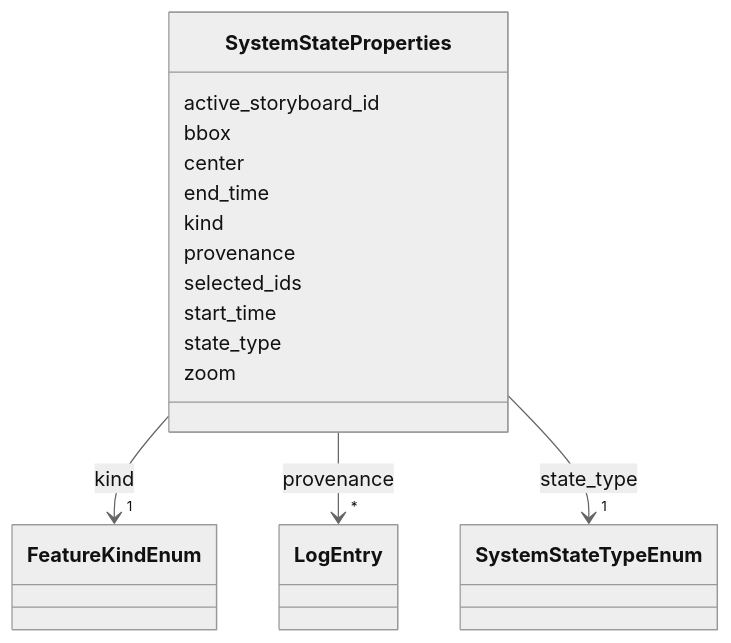
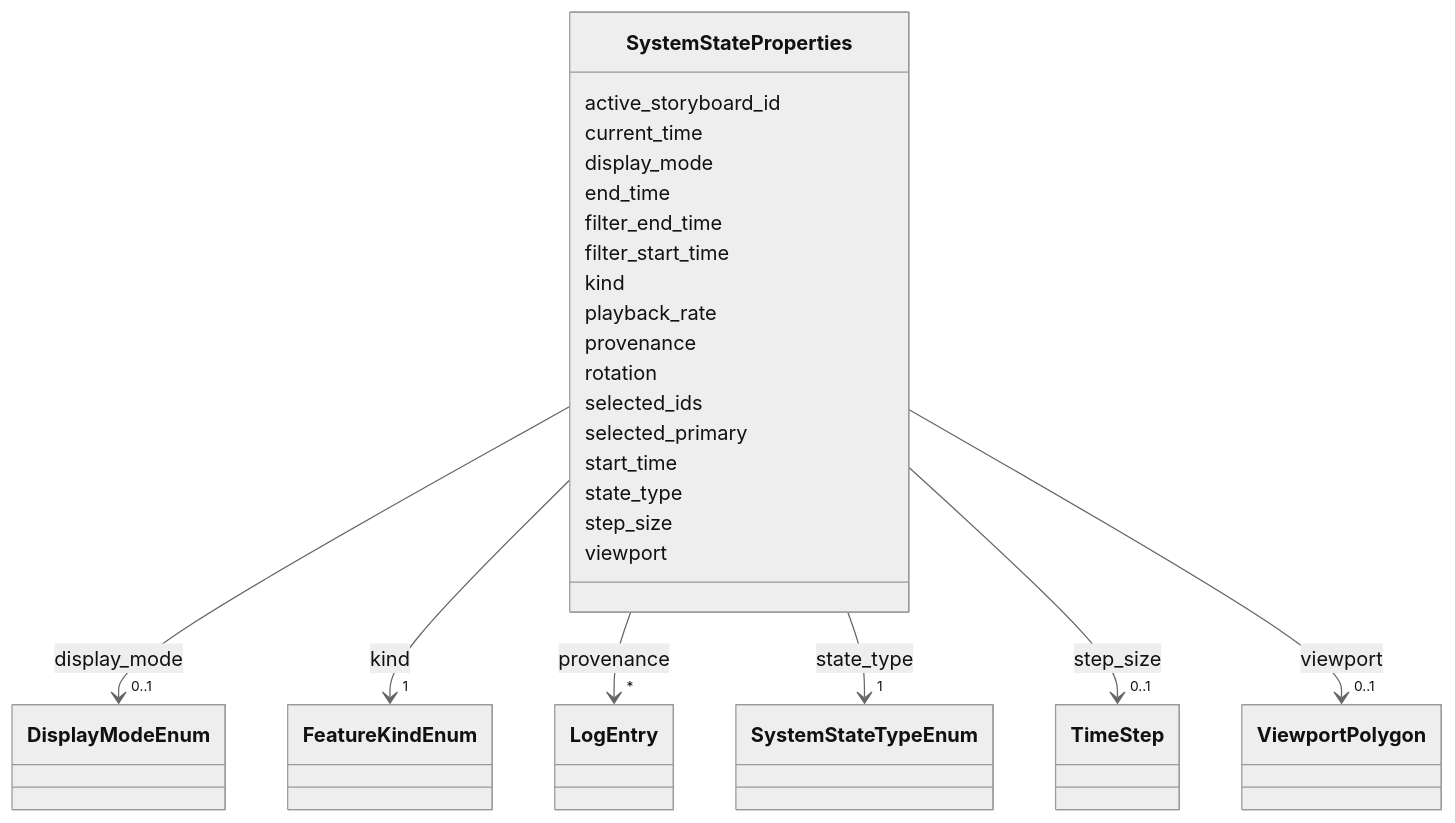
One commit to debrief/debrief-future changed the diagram in schema-docs-md/classes/SystemStateProperties.md. Above: the diagram before and after it, drawn with Mermaid (neutral theme). The commit also changed other lines of this file and 238 other files, not shown here.

````diff
--- a/schema-docs-md/classes/SystemStateProperties.md
+++ b/schema-docs-md/classes/SystemStateProperties.md
@@ -22,11 +22,24 @@
     click SystemStateProperties href "../../classes/SystemStateProperties/"
       SystemStateProperties : active_storyboard_id
         
-      SystemStateProperties : bbox
+      SystemStateProperties : current_time
         
-      SystemStateProperties : center
+      SystemStateProperties : display_mode
+        
+          
+    
+        
+        
+        SystemStateProperties --> "0..1" DisplayModeEnum : display_mode
+        click DisplayModeEnum href "../../enums/DisplayModeEnum/"
+    
+
         
       SystemStateProperties : end_time
+        
+      SystemStateProperties : filter_end_time
+        
+      SystemStateProperties : filter_start_time
         
       SystemStateProperties : kind
         
@@ -39,6 +52,8 @@
     
 
         
+      SystemStateProperties : playback_rate
+        
       SystemStateProperties : provenance
         
           
@@ -50,7 +65,11 @@
     
 
         
+      SystemStateProperties : rotation
+        
       SystemStateProperties : selected_ids
+        
+      SystemStateProperties : selected_primary
         
       SystemStateProperties : start_time
         
@@ -65,7 +84,27 @@
     
 
         
-      SystemStateProperties : zoom
+      SystemStateProperties : step_size
+        
+          
+    
+        
+        
+        SystemStateProperties --> "0..1" TimeStep : step_size
+        click TimeStep href "../../classes/TimeStep/"
+    
+
+        
+      SystemStateProperties : viewport
+        
+          
+    
+        
+        
+        SystemStateProperties --> "0..1" ViewportPolygon : viewport
+        click ViewportPolygon href "../../classes/ViewportPolygon/"
+    
+
         
       
 ```
````
